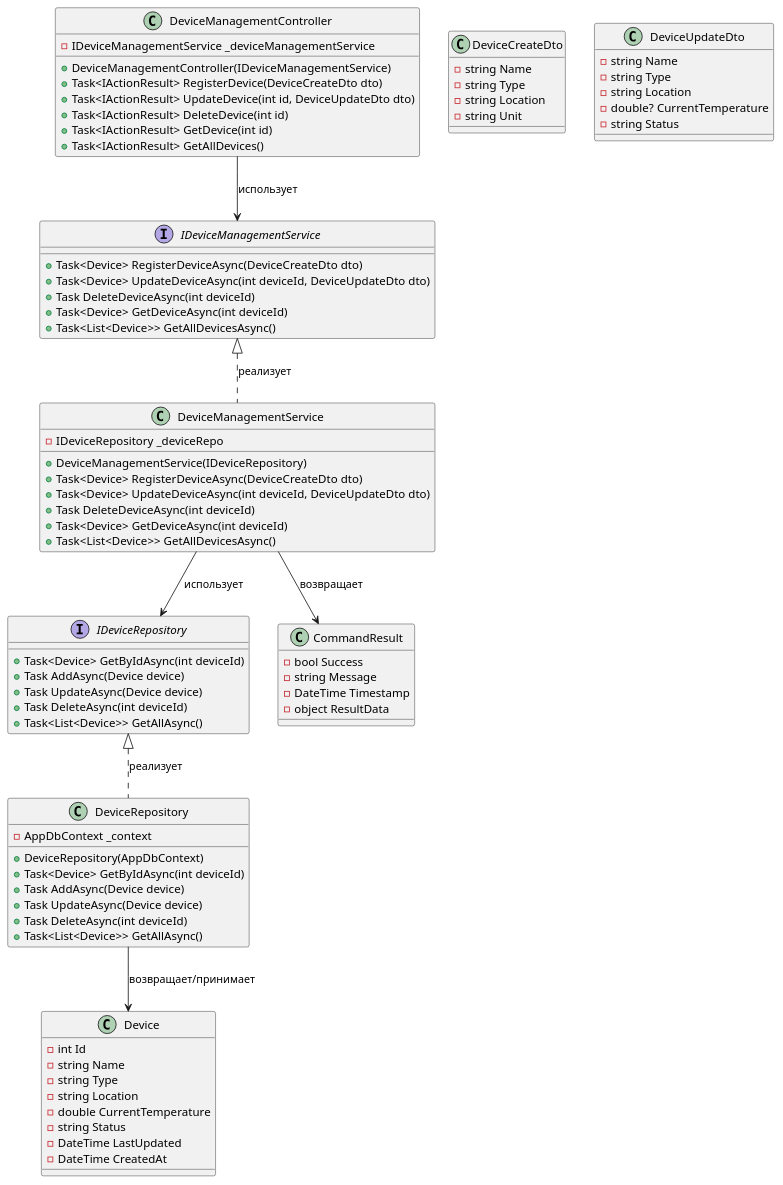
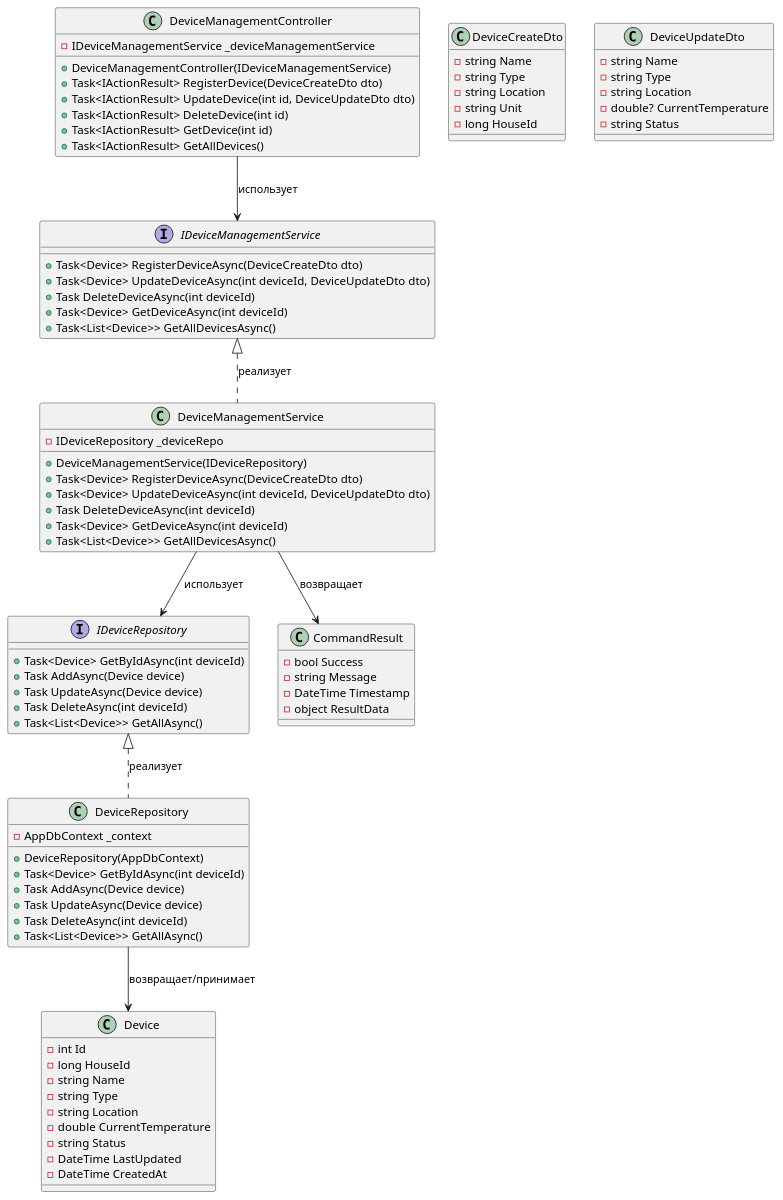
One commit to aakaltenberg/Yandex-Practicum-architecture-pro-warmhouse changed the diagram in smart_home_arch_docs/docs/architecture/device_management_service_code.md. Above: the diagram before and after it, drawn with PlantUML. The commit also changed 5 other files, not shown here.

```diff
--- a/smart_home_arch_docs/docs/architecture/device_management_service_code.md
+++ b/smart_home_arch_docs/docs/architecture/device_management_service_code.md
@@ -49,6 +49,7 @@
 
 class Device {
   - int Id
+  - long HouseId
   - string Name
   - string Type
   - string Location
@@ -63,6 +64,7 @@
   - string Type
   - string Location
   - string Unit
+  - long HouseId
 }
 
 class DeviceUpdateDto {
```
